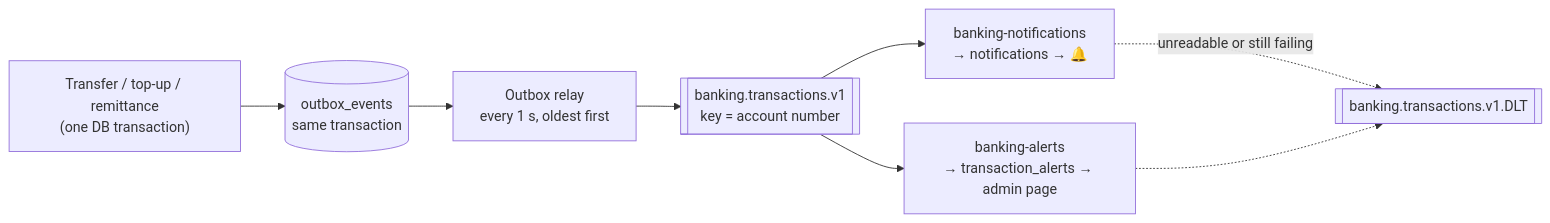
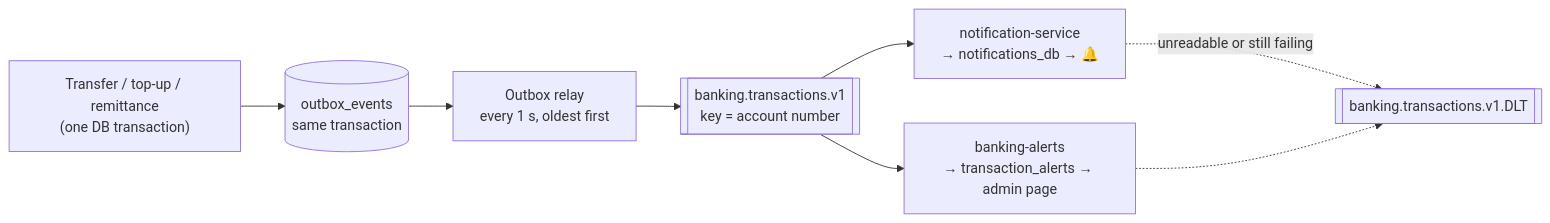
The second of 2 diagrams in README.md (HauShen/Banking-app), drawn with Mermaid before and after one commit. The commit also changed other lines of this file and 45 other files, not shown here.

````diff
--- a/README.md
+++ b/README.md
@@ -379,10 +401,10 @@
 ```mermaid
 flowchart LR
     tx["Transfer / top-up / remittance<br/>(one DB transaction)"] --> outbox[("outbox_events<br/>same transaction")]
     outbox --> relay["Outbox relay<br/>every 1 s, oldest first"]
     relay --> topic[["banking.transactions.v1<br/>key = account number"]]
-    topic --> n["banking-notifications<br/>→ notifications → 🔔"]
+    topic --> n["notification-service<br/>→ notifications_db → 🔔"]
     topic --> a["banking-alerts<br/>→ transaction_alerts → admin page"]
     n -. "unreadable or still failing" .-> dlt[["banking.transactions.v1.DLT"]]
     a -.-> dlt
 ```
````
